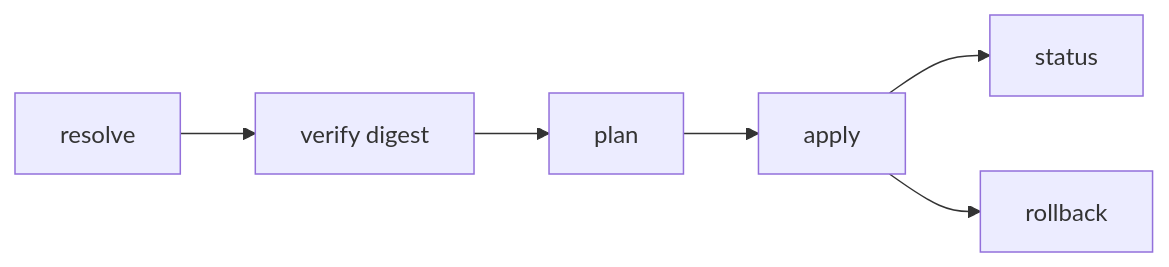
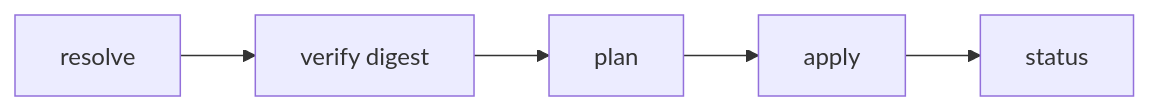
Before and after one commit to Solizardking/NemoClaw: the diagram in docs/reference/architecture.md, drawn with Mermaid. The commit also changed other lines of this file and 14 other files, not shown here.

````diff
--- a/docs/reference/architecture.md
+++ b/docs/reference/architecture.md
@@ -72,8 +68,7 @@
 ```{mermaid}
 flowchart LR
     A[resolve] --> B[verify digest]
     B --> C[plan]
     C --> D[apply]
     D --> E[status]
-    D --> F[rollback]
 ```
````
